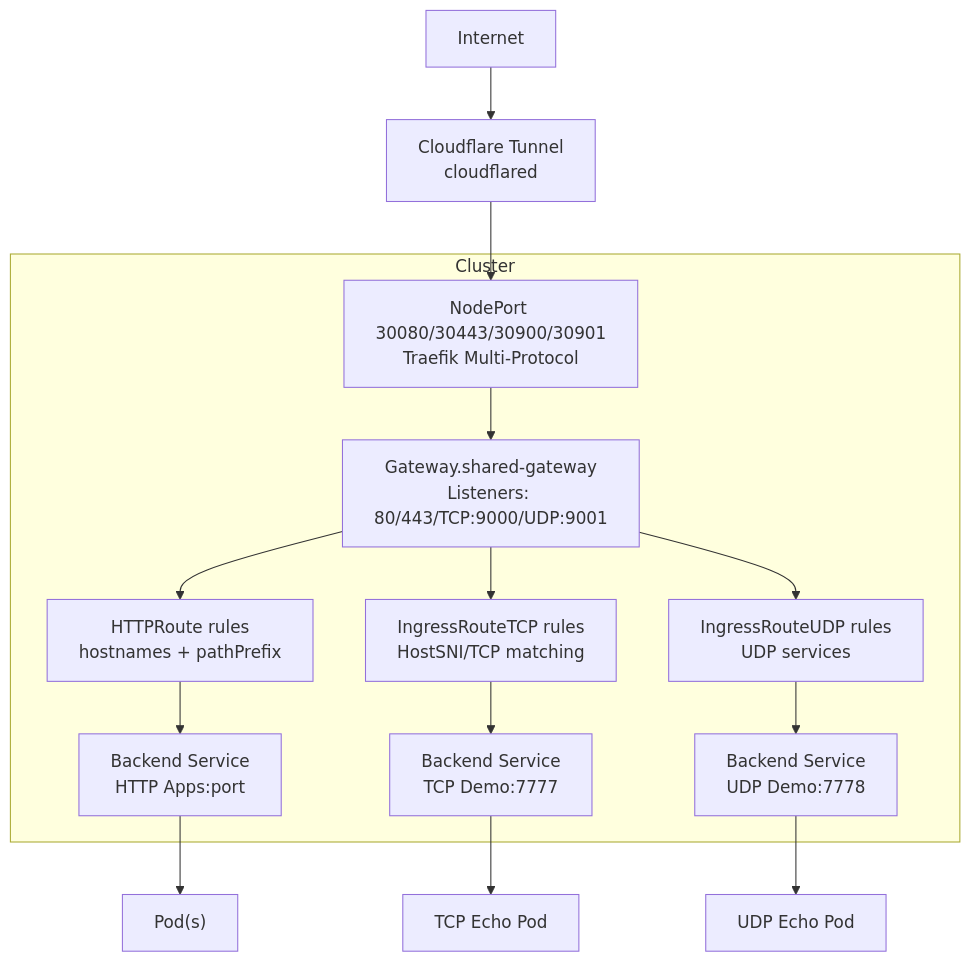
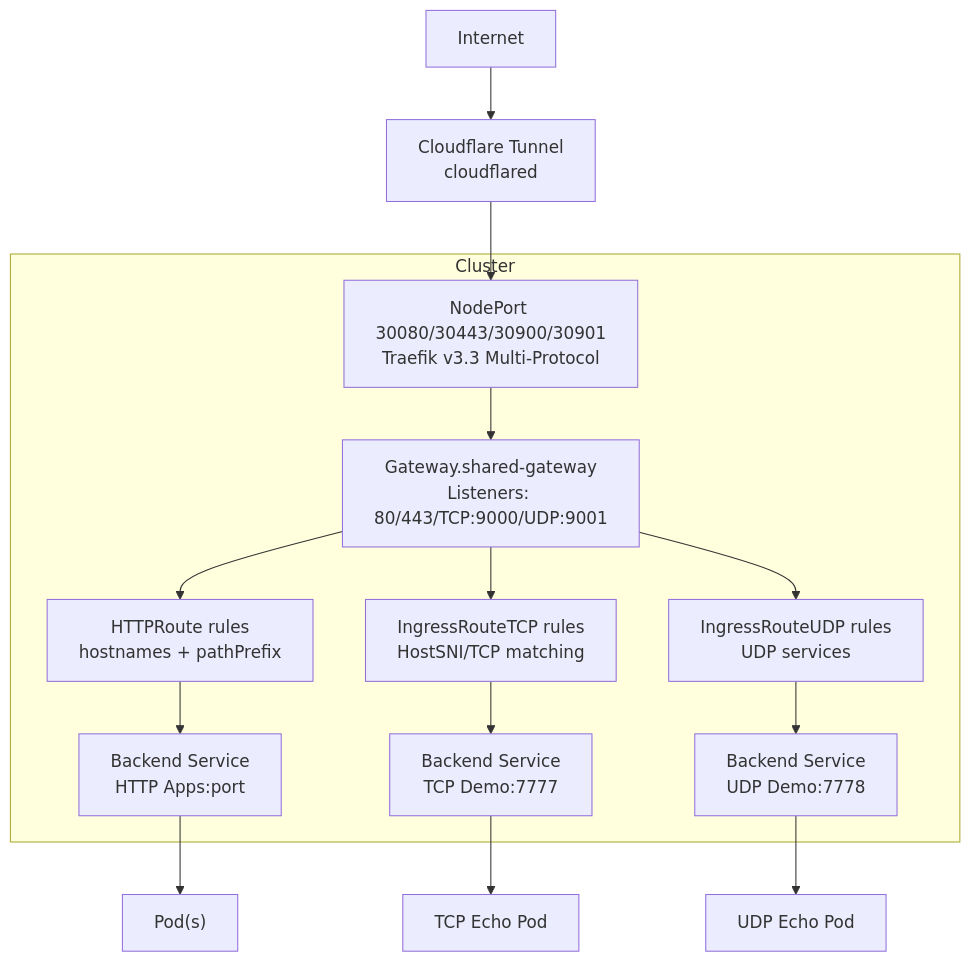
The second of 8 diagrams in .qoder/repowiki/en/content/Infrastructure Applications/Gateway API Controller.md (Hoangvu75/k8s_manifest), drawn with Mermaid before and after one commit. The commit also changed other lines of this file and 4 other files, not shown here.

````diff
--- a/.qoder/repowiki/en/content/Infrastructure Applications/Gateway API Controller.md
+++ b/.qoder/repowiki/en/content/Infrastructure Applications/Gateway API Controller.md
@@ -146,25 +145,25 @@
 ```mermaid
 graph TB
 INT["Internet"] --> CF["Cloudflare Tunnel<br/>cloudflared"]
-CF --> NP["NodePort 30080/30443/30900/30901<br/>Traefik Multi-Protocol"]
+CF --> NP["NodePort 30080/30443/30900/30901<br/>Traefik v3.3 Multi-Protocol"]
 NP --> GW["Gateway.shared-gateway<br/>Listeners: 80/443/TCP:9000/UDP:9001"]
 GW --> HTTP_ROUTE["HTTPRoute rules<br/>hostnames + pathPrefix"]
 GW --> TCP_ROUTE["IngressRouteTCP rules<br/>HostSNI/TCP matching"]
 GW --> UDP_ROUTE["IngressRouteUDP rules<br/>UDP services"]
 HTTP_ROUTE --> SVC_HTTP["Backend Service<br/>HTTP Apps:port"]
 TCP_ROUTE --> SVC_TCP["Backend Service<br/>TCP Demo:7777"]
 UDP_ROUTE --> SVC_UDP["Backend Service<br/>UDP Demo:7778"]
 SVC_HTTP --> POD_HTTP["Pod(s)"]
 SVC_TCP --> POD_TCP["TCP Echo Pod"]
 SVC_UDP --> POD_UDP["UDP Echo Pod"]
 subgraph "Cluster"
 NP
 GW
 HTTP_ROUTE
 TCP_ROUTE
 UDP_ROUTE
 SVC_HTTP
 SVC_TCP
 SVC_UDP
 end
 ```
````
